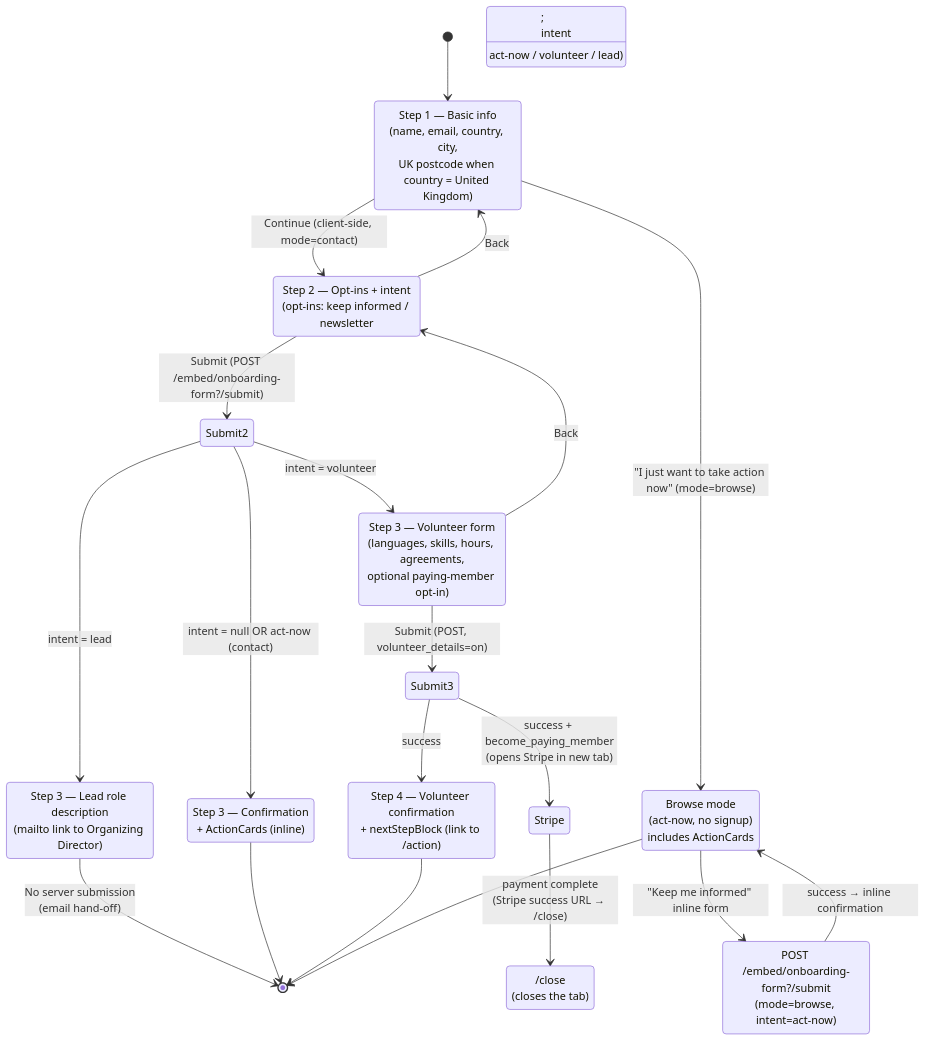
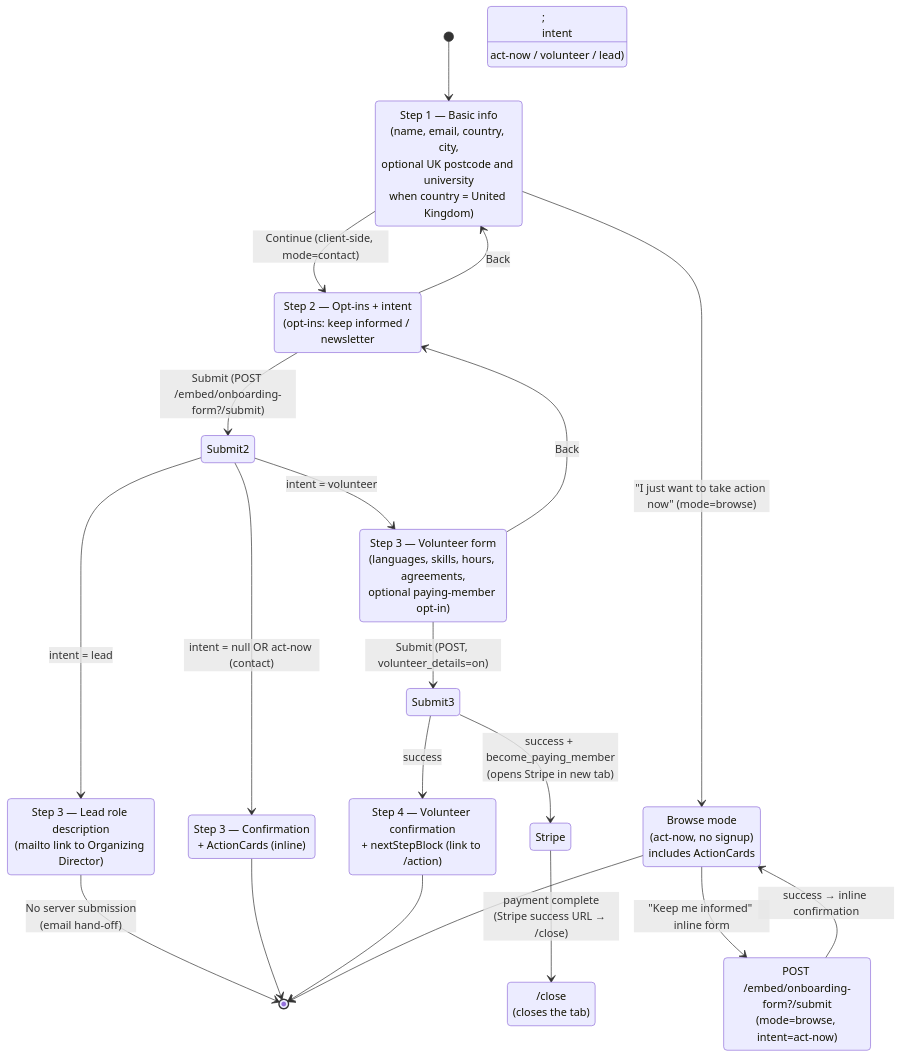
Before and after one commit to PauseAI/pauseai-website: the second of 2 diagrams in docs/join-form-flow.md, drawn with Mermaid. The commit also changed other lines of this file and 8 other files, not shown here.

First line of the commit message:
feat(onboarding): optional university typeahead for UK signups (#1159)

````diff
--- a/docs/join-form-flow.md
+++ b/docs/join-form-flow.md
@@ -210,36 +210,36 @@
 ```mermaid
 stateDiagram-v2
     [*] --> Step1
-    Step1: Step 1 — Basic info<br/>(name, email, country, city,<br/>UK postcode when country = United Kingdom)
+    Step1: Step 1 — Basic info<br/>(name, email, country, city,<br/>optional UK postcode and university<br/>when country = United Kingdom)
     Step1 --> Step2: Continue (client-side, mode=contact)
     Step1 --> Browse: "I just want to take action now" (mode=browse)
     Browse: Browse mode<br/>(act-now, no signup)<br/>includes ActionCards
 
     Step2: Step 2 — Opt-ins + intent<br/>(opt-ins: keep informed / newsletter;<br/>intent: act-now / volunteer / lead)
     Step2 --> Step1: Back
     Step2 --> Submit2: Submit (POST /embed/onboarding-form?/submit)
     Submit2 --> Step3Confirm: intent = null OR act-now (contact)
     Submit2 --> Step3Volunteer: intent = volunteer
     Submit2 --> Step3Lead: intent = lead
 
     Browse --> BrowseSignup: "Keep me informed" inline form
     BrowseSignup: POST /embed/onboarding-form?/submit<br/>(mode=browse, intent=act-now)
     BrowseSignup --> Browse: success → inline confirmation
 
     Step3Volunteer: Step 3 — Volunteer form<br/>(languages, skills, hours, agreements,<br/>optional paying-member opt-in)
     Step3Volunteer --> Step2: Back
     Step3Volunteer --> Submit3: Submit (POST, volunteer_details=on)
     Submit3 --> Stripe: success + become_paying_member<br/>(opens Stripe in new tab)
     Stripe --> Close: payment complete<br/>(Stripe success URL → /close)
     Close: /close<br/>(closes the tab)
     Submit3 --> Step4: success
 
     Step3Lead: Step 3 — Lead role description<br/>(mailto link to Organizing Director)
     Step3Lead --> [*]: No server submission<br/>(email hand-off)
 
     Step3Confirm: Step 3 — Confirmation<br/>+ ActionCards (inline)
     Step4: Step 4 — Volunteer confirmation<br/>+ nextStepBlock (link to /action)
     Step3Confirm --> [*]
     Step4 --> [*]
     Browse --> [*]
 ```
````
